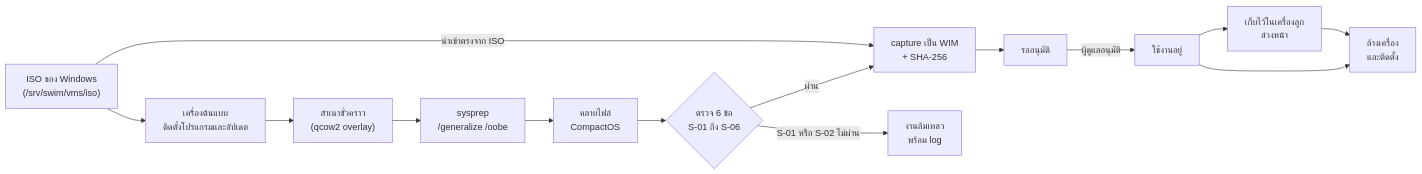
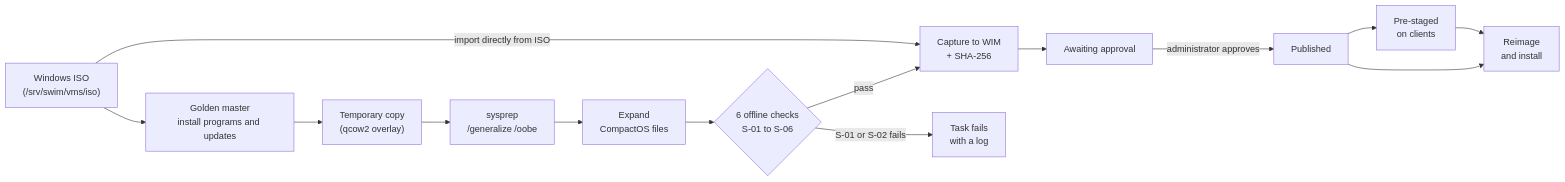
Before and after one commit to bluebox-dev/Swim: the second of 5 diagrams in README.md, drawn with Mermaid. The commit also changed other lines of this file and 28 other files, not shown here.

````diff
--- a/README.md
+++ b/README.md
@@ -124,23 +135,23 @@
 ```mermaid
 flowchart LR
-    iso["ISO ของ Windows<br/>(/srv/swim/vms/iso)"]
-    gm["เครื่องต้นแบบ<br/>ติดตั้งโปรแกรมและอัปเดต"]
-    overlay["สำเนาชั่วคราว<br/>(qcow2 overlay)"]
+    iso["Windows ISO<br/>(/srv/swim/vms/iso)"]
+    gm["Golden master<br/>install programs and updates"]
+    overlay["Temporary copy<br/>(qcow2 overlay)"]
     sysprep["sysprep<br/>/generalize /oobe"]
-    unwof["คลายไฟล์<br/>CompactOS"]
-    checks{"ตรวจ 6 ข้อ<br/>S-01 ถึง S-06"}
-    wim["capture เป็น WIM<br/>+ SHA-256"]
-    pending["รออนุมัติ"]
-    published["ใช้งานอยู่"]
-    prestage["เก็บไว้ในเครื่องลูก<br/>ล่วงหน้า"]
-    deploy["ล้างเครื่อง<br/>และติดตั้ง"]
-    fail["งานล้มเหลว<br/>พร้อม log"]
+    unwof["Expand<br/>CompactOS files"]
+    checks{"6 offline checks<br/>S-01 to S-06"}
+    wim["Capture to WIM<br/>+ SHA-256"]
+    pending["Awaiting approval"]
+    published["Published"]
+    prestage["Pre-staged<br/>on clients"]
+    deploy["Reimage<br/>and install"]
+    fail["Task fails<br/>with a log"]
 
     iso --> gm --> overlay --> sysprep --> unwof --> checks
-    iso -- "นำเข้าตรงจาก ISO" --> wim
-    checks -- "ผ่าน" --> wim --> pending
-    checks -- "S-01 หรือ S-02 ไม่ผ่าน" --> fail
-    pending -- "ผู้ดูแลอนุมัติ" --> published
+    iso -- "import directly from ISO" --> wim
+    checks -- "pass" --> wim --> pending
+    checks -- "S-01 or S-02 fails" --> fail
+    pending -- "administrator approves" --> published
     published --> prestage --> deploy
     published --> deploy
 ```
````
